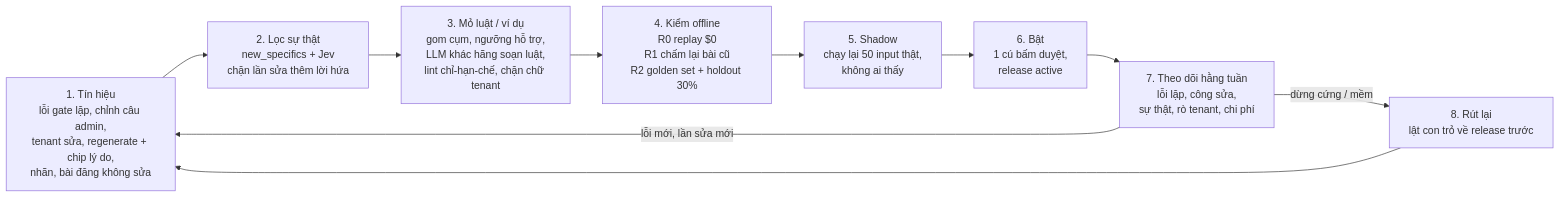
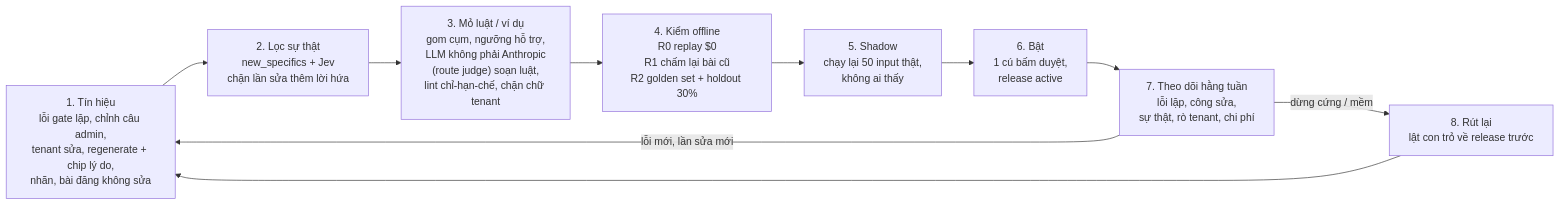
One commit to AdventureAsia365-Ecosys/AA-Ecosys changed the diagram in docs/audits/2026-10-20-S245-writing-learning-loop/README.md. Above: the diagram before and after it, drawn with Mermaid. The commit also changed other lines of this file, not shown here.

````diff
--- a/docs/audits/2026-10-20-S245-writing-learning-loop/README.md
+++ b/docs/audits/2026-10-20-S245-writing-learning-loop/README.md
@@ -175,12 +197,12 @@
 ```mermaid
 flowchart LR
   S["1. Tín hiệu<br/>lỗi gate lặp, chỉnh câu admin,<br/>tenant sửa, regenerate + chip lý do,<br/>nhãn, bài đăng không sửa"] --> F["2. Lọc sự thật<br/>new_specifics + Jev<br/>chặn lần sửa thêm lời hứa"]
-  F --> M["3. Mỏ luật / ví dụ<br/>gom cụm, ngưỡng hỗ trợ,<br/>LLM khác hãng soạn luật,<br/>lint chỉ-hạn-chế, chặn chữ tenant"]
+  F --> M["3. Mỏ luật / ví dụ<br/>gom cụm, ngưỡng hỗ trợ,<br/>LLM không phải Anthropic<br/>(route judge) soạn luật,<br/>lint chỉ-hạn-chế, chặn chữ tenant"]
   M --> O["4. Kiểm offline<br/>R0 replay $0<br/>R1 chấm lại bài cũ<br/>R2 golden set + holdout 30%"]
   O --> SH["5. Shadow<br/>chạy lại 50 input thật,<br/>không ai thấy"]
   SH --> A["6. Bật<br/>1 cú bấm duyệt,<br/>release active"]
   A --> W["7. Theo dõi hằng tuần<br/>lỗi lặp, công sửa,<br/>sự thật, rò tenant, chi phí"]
   W -->|dừng cứng / mềm| R["8. Rút lại<br/>lật con trỏ về release trước"]
   W -->|lỗi mới, lần sửa mới| S
   R --> S
 ```
````
